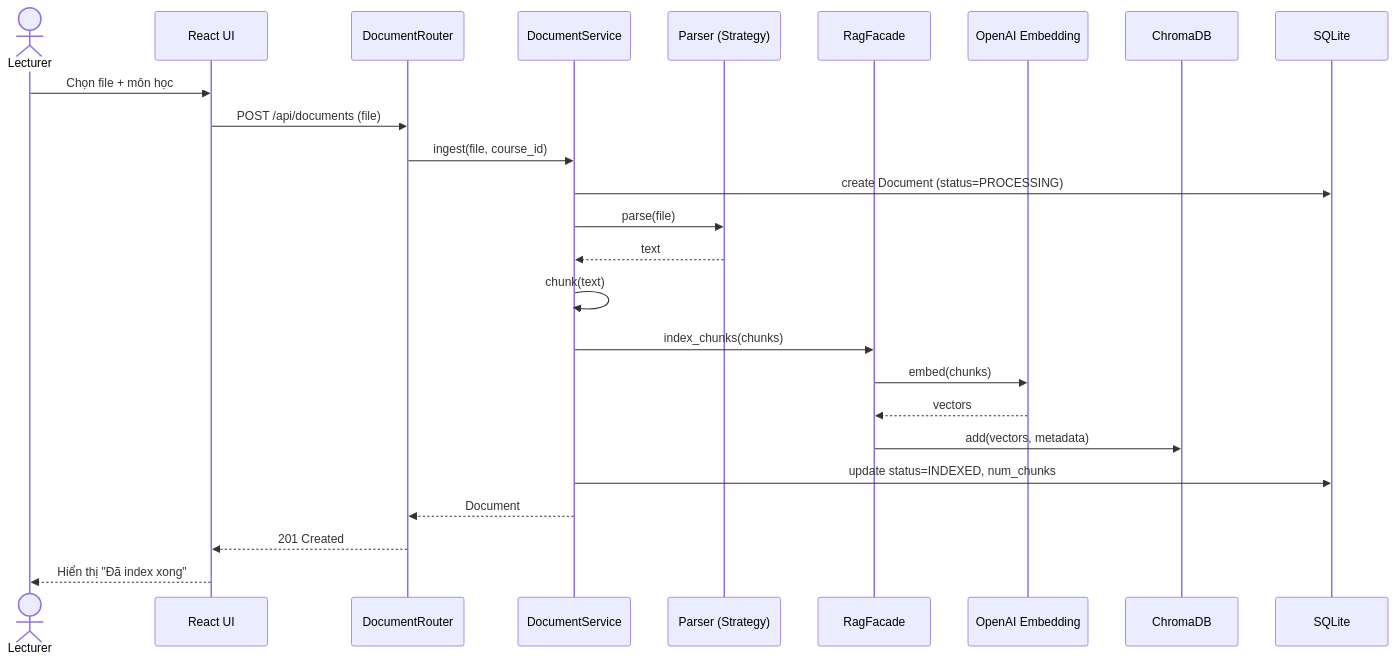
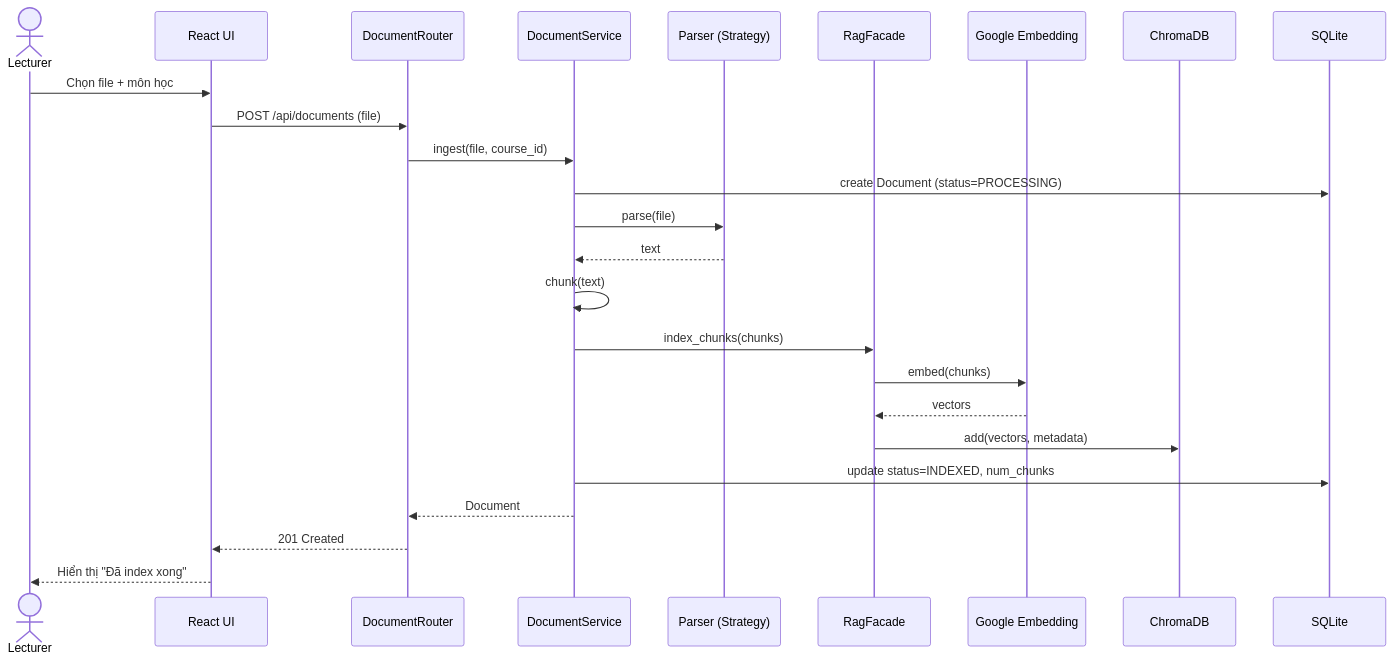
The fifth of 9 diagrams in docs/DESIGN.md (Scobydoo1/swd), drawn with Mermaid before and after one commit. The commit also changed other lines of this file and 7 other files, not shown here.

First line of the commit message:
Switch LLM provider from OpenAI to Google Gemini

````diff
--- a/docs/DESIGN.md
+++ b/docs/DESIGN.md
@@ -235,28 +235,28 @@
 ```mermaid
 sequenceDiagram
     actor L as Lecturer
     participant FE as React UI
     participant R as DocumentRouter
     participant S as DocumentService
     participant P as Parser (Strategy)
     participant RAG as RagFacade
-    participant E as OpenAI Embedding
+    participant E as Google Embedding
     participant C as ChromaDB
     participant DB as SQLite
 
     L->>FE: Chọn file + môn học
     FE->>R: POST /api/documents (file)
     R->>S: ingest(file, course_id)
     S->>DB: create Document (status=PROCESSING)
     S->>P: parse(file)
     P-->>S: text
     S->>S: chunk(text)
     S->>RAG: index_chunks(chunks)
     RAG->>E: embed(chunks)
     E-->>RAG: vectors
     RAG->>C: add(vectors, metadata)
     S->>DB: update status=INDEXED, num_chunks
     S-->>R: Document
     R-->>FE: 201 Created
     FE-->>L: Hiển thị "Đã index xong"
 ```
````
